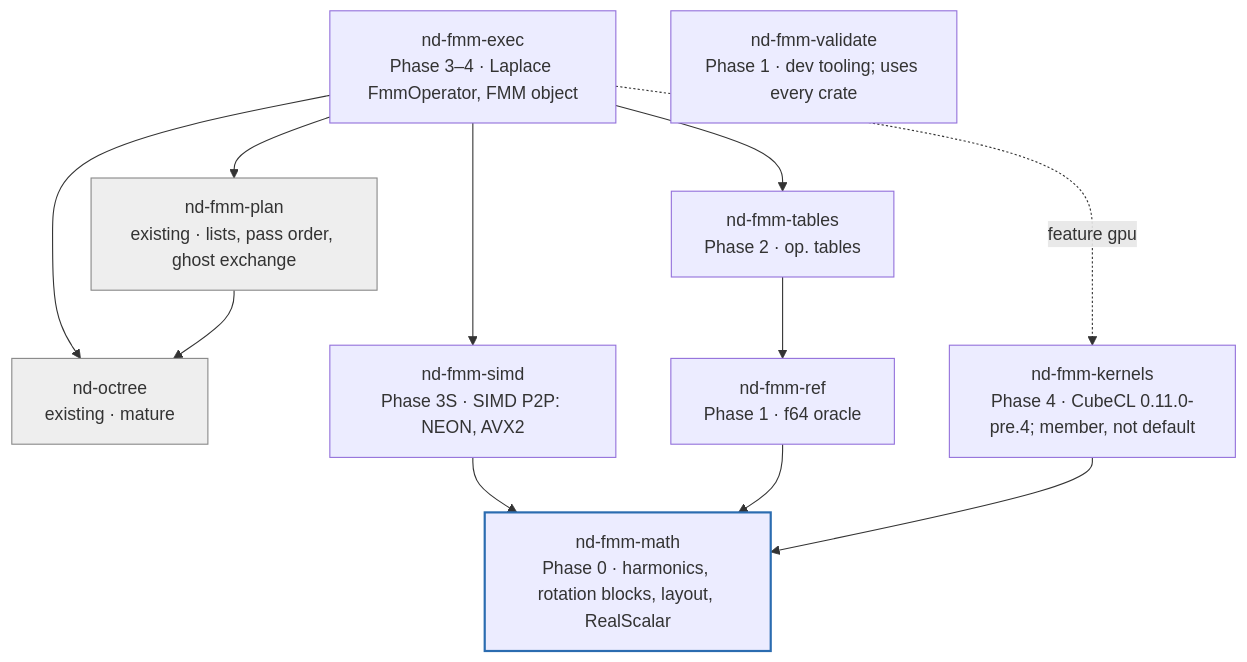
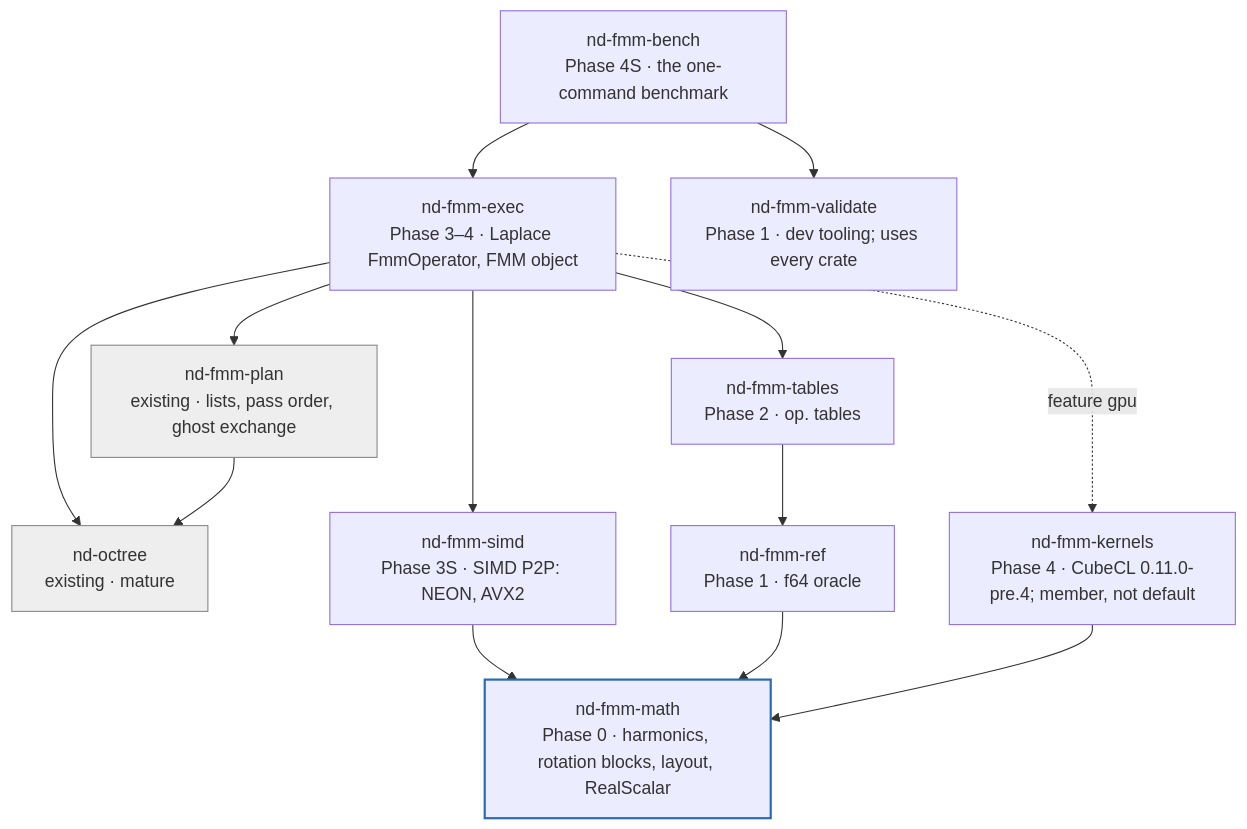
Before and after one commit to tbetcke/fmm: the diagram in docs/design/workspace-structure.md, drawn with Mermaid. The commit also changed other lines of this file and 4 other files, not shown here.

First line of the commit message:
Phase 4S T8: the GH200 benchmark report and the design-document update

````diff
--- a/docs/design/workspace-structure.md
+++ b/docs/design/workspace-structure.md
@@ -166,24 +171,27 @@
 ```mermaid
 flowchart TB
   exec["nd-fmm-exec<br/>Phase 3–4 · Laplace FmmOperator, FMM object"]
   plan["nd-fmm-plan<br/>existing · lists, pass order, ghost exchange"]:::existing
   octree["nd-octree<br/>existing · mature"]:::existing
   tables["nd-fmm-tables<br/>Phase 2 · op. tables"]
   kernels["nd-fmm-kernels<br/>Phase 4 · CubeCL 0.11.0-pre.4; member, not default"]
   ref["nd-fmm-ref<br/>Phase 1 · f64 oracle"]
   math["nd-fmm-math<br/>Phase 0 · harmonics, rotation blocks, layout, RealScalar"]:::phase0
   validate["nd-fmm-validate<br/>Phase 1 · dev tooling; uses every crate"]
   simd["nd-fmm-simd<br/>Phase 3S · SIMD P2P: NEON, AVX2"]
+  bench["nd-fmm-bench<br/>Phase 4S · the one-command benchmark"]
+  bench --> exec
+  bench --> validate
   exec --> plan
   exec --> octree
   plan --> octree
   exec --> tables
   exec -. "feature gpu" .-> kernels
   exec --> simd
   simd --> math
   tables --> ref
   ref --> math
   kernels --> math
   classDef existing fill:#eeeeee,stroke:#888888
   classDef phase0 stroke:#2b6cb0,stroke-width:2px
 ```
````
